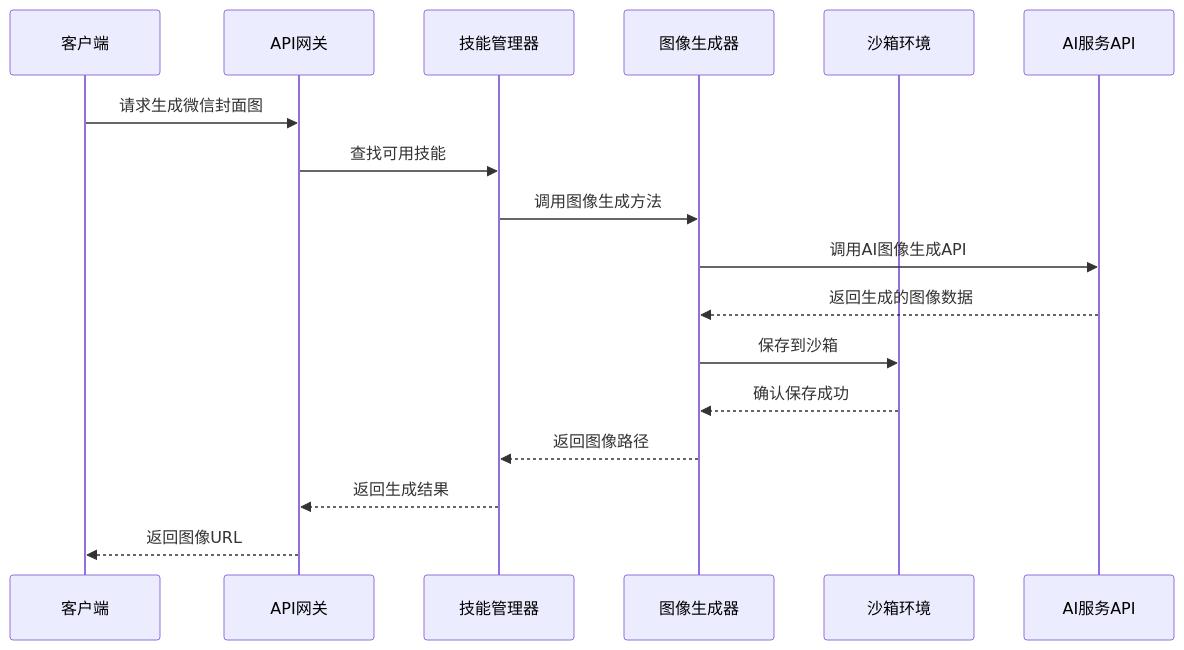
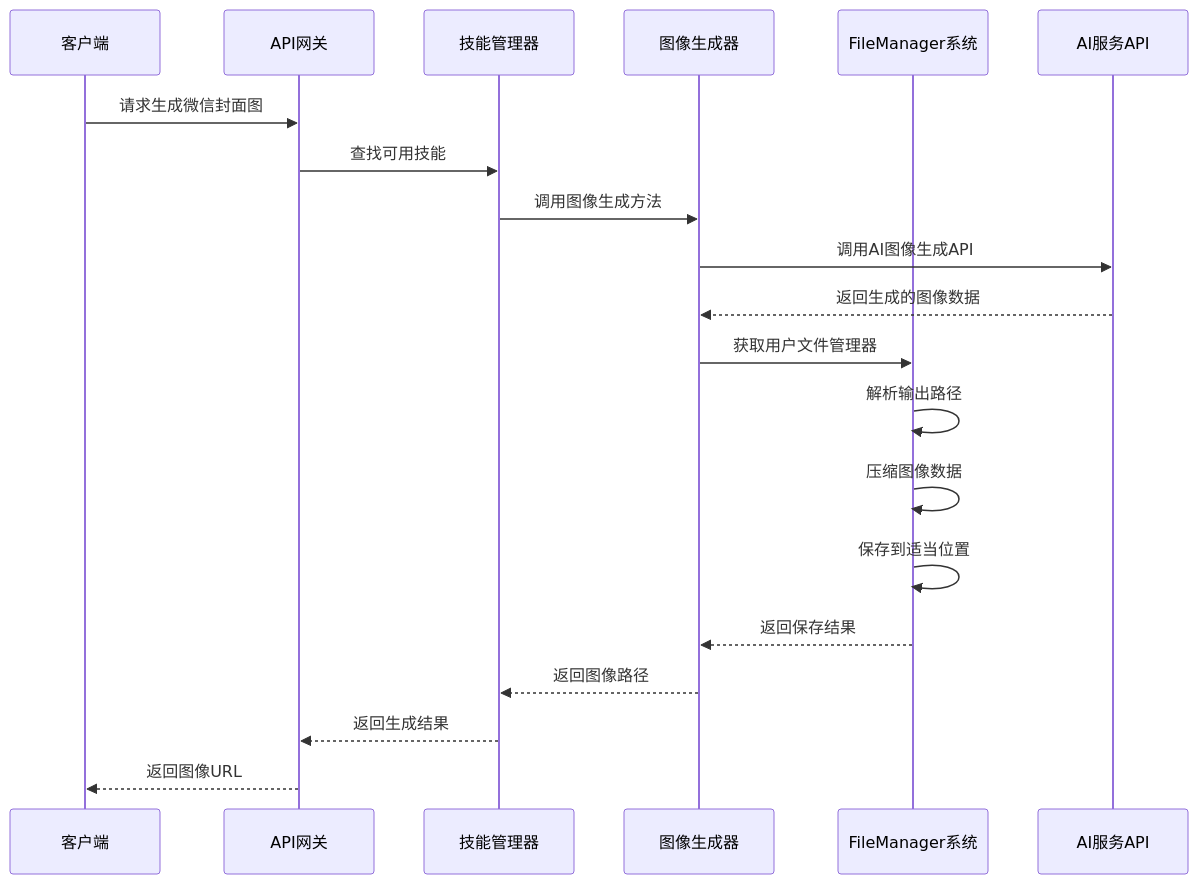
Before and after one commit to zhangdahai112/LocalManus: the fifth of 10 diagrams in .qoder/repowiki/zh/content/微信图像生成功能增强.md, drawn with Mermaid. The commit also changed other lines of this file and 19 other files, not shown here.

````diff
--- a/.qoder/repowiki/zh/content/微信图像生成功能增强.md
+++ b/.qoder/repowiki/zh/content/微信图像生成功能增强.md
@@ -172,19 +213,22 @@
 ```mermaid
 sequenceDiagram
 participant Client as 客户端
 participant API as API网关
 participant SkillMgr as 技能管理器
 participant ImageGen as 图像生成器
-participant SandBox as 沙箱环境
+participant FileManager as FileManager系统
 participant APIService as AI服务API
 Client->>API : 请求生成微信封面图
 API->>SkillMgr : 查找可用技能
 SkillMgr->>ImageGen : 调用图像生成方法
 ImageGen->>APIService : 调用AI图像生成API
 APIService-->>ImageGen : 返回生成的图像数据
-ImageGen->>SandBox : 保存到沙箱
-SandBox-->>ImageGen : 确认保存成功
+ImageGen->>FileManager : 获取用户文件管理器
+FileManager->>FileManager : 解析输出路径
+FileManager->>FileManager : 压缩图像数据
+FileManager->>FileManager : 保存到适当位置
+FileManager-->>ImageGen : 返回保存结果
 ImageGen-->>SkillMgr : 返回图像路径
 SkillMgr-->>API : 返回生成结果
 API-->>Client : 返回图像URL
 ```
````
